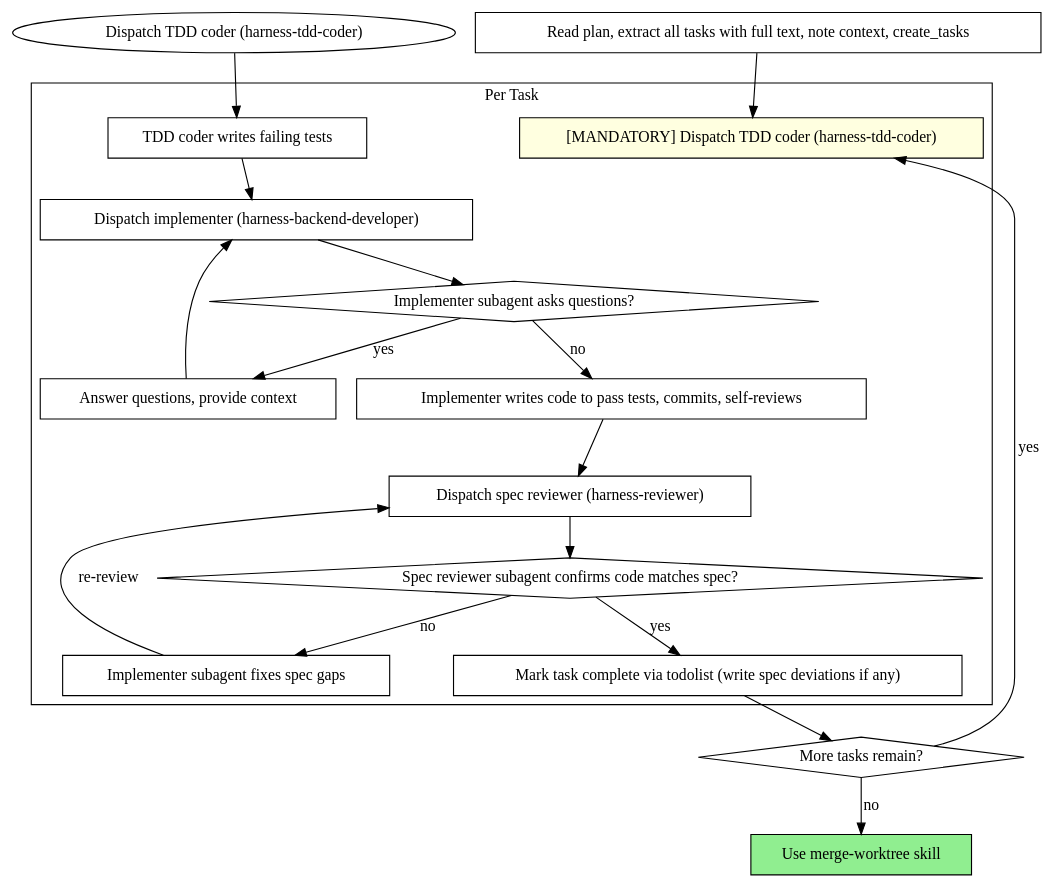
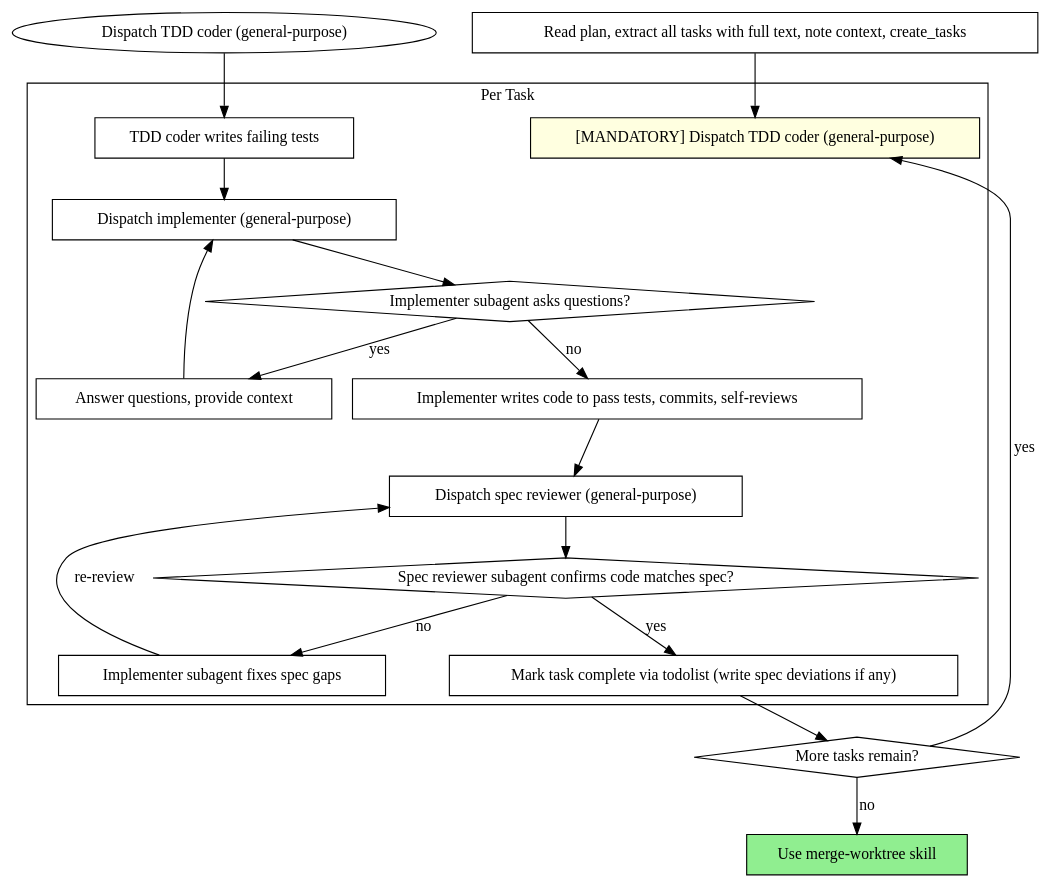
The second of 2 diagrams in skills/xyz-harness-subagent-driven-development/SKILL.md (zhushanwen321/xyz-harness), drawn with Graphviz before and after one commit. The commit also changed other lines of this file and 13 other files, not shown here.

````diff
--- a/skills/xyz-harness-subagent-driven-development/SKILL.md
+++ b/skills/xyz-harness-subagent-driven-development/SKILL.md
@@ -97,39 +100,39 @@
 ```dot
 digraph process {
     rankdir=TB;
 
     subgraph cluster_per_task {
         label="Per Task";
-    "[MANDATORY] Dispatch TDD coder (harness-tdd-coder)" [shape=box style=filled fillcolor=lightyellow];
+    "[MANDATORY] Dispatch TDD coder (general-purpose)" [shape=box style=filled fillcolor=lightyellow];
         "TDD coder writes failing tests" [shape=box];
-        "Dispatch implementer (harness-backend-developer)" [shape=box];
+        "Dispatch implementer (general-purpose)" [shape=box];
         "Implementer subagent asks questions?" [shape=diamond];
         "Answer questions, provide context" [shape=box];
         "Implementer writes code to pass tests, commits, self-reviews" [shape=box];
-        "Dispatch spec reviewer (harness-reviewer)" [shape=box];
+        "Dispatch spec reviewer (general-purpose)" [shape=box];
         "Spec reviewer subagent confirms code matches spec?" [shape=diamond];
         "Implementer subagent fixes spec gaps" [shape=box];
         "Mark task complete via todolist (write spec deviations if any)" [shape=box];
     }
 
     "Read plan, extract all tasks with full text, note context, create_tasks" [shape=box];
     "More tasks remain?" [shape=diamond];
     "Use merge-worktree skill" [shape=box style=filled fillcolor=lightgreen];
 
-  "Read plan, extract all tasks with full text, note context, create_tasks" -> "[MANDATORY] Dispatch TDD coder (harness-tdd-coder)";
-    "Dispatch TDD coder (harness-tdd-coder)" -> "TDD coder writes failing tests";
-    "TDD coder writes failing tests" -> "Dispatch implementer (harness-backend-developer)";
-    "Dispatch implementer (harness-backend-developer)" -> "Implementer subagent asks questions?";
+  "Read plan, extract all tasks with full text, note context, create_tasks" -> "[MANDATORY] Dispatch TDD coder (general-purpose)";
+    "Dispatch TDD coder (general-purpose)" -> "TDD coder writes failing tests";
+    "TDD coder writes failing tests" -> "Dispatch implementer (general-purpose)";
+    "Dispatch implementer (general-purpose)" -> "Implementer subagent asks questions?";
     "Implementer subagent asks questions?" -> "Answer questions, provide context" [label="yes"];
-    "Answer questions, provide context" -> "Dispatch implementer (harness-backend-developer)";
+    "Answer questions, provide context" -> "Dispatch implementer (general-purpose)";
     "Implementer subagent asks questions?" -> "Implementer writes code to pass tests, commits, self-reviews" [label="no"];
-    "Implementer writes code to pass tests, commits, self-reviews" -> "Dispatch spec reviewer (harness-reviewer)";
-    "Dispatch spec reviewer (harness-reviewer)" -> "Spec reviewer subagent confirms code matches spec?";
+    "Implementer writes code to pass tests, commits, self-reviews" -> "Dispatch spec reviewer (general-purpose)";
+    "Dispatch spec reviewer (general-purpose)" -> "Spec reviewer subagent confirms code matches spec?";
     "Spec reviewer subagent confirms code matches spec?" -> "Implementer subagent fixes spec gaps" [label="no"];
-    "Implementer subagent fixes spec gaps" -> "Dispatch spec reviewer (harness-reviewer)" [label="re-review"];
+    "Implementer subagent fixes spec gaps" -> "Dispatch spec reviewer (general-purpose)" [label="re-review"];
     "Spec reviewer subagent confirms code matches spec?" -> "Mark task complete via todolist (write spec deviations if any)" [label="yes"];
     "Mark task complete via todolist (write spec deviations if any)" -> "More tasks remain?";
-  "More tasks remain?" -> "[MANDATORY] Dispatch TDD coder (harness-tdd-coder)" [label="yes"];
+  "More tasks remain?" -> "[MANDATORY] Dispatch TDD coder (general-purpose)" [label="yes"];
     "More tasks remain?" -> "Use merge-worktree skill" [label="no"];
 }
 ```
````
